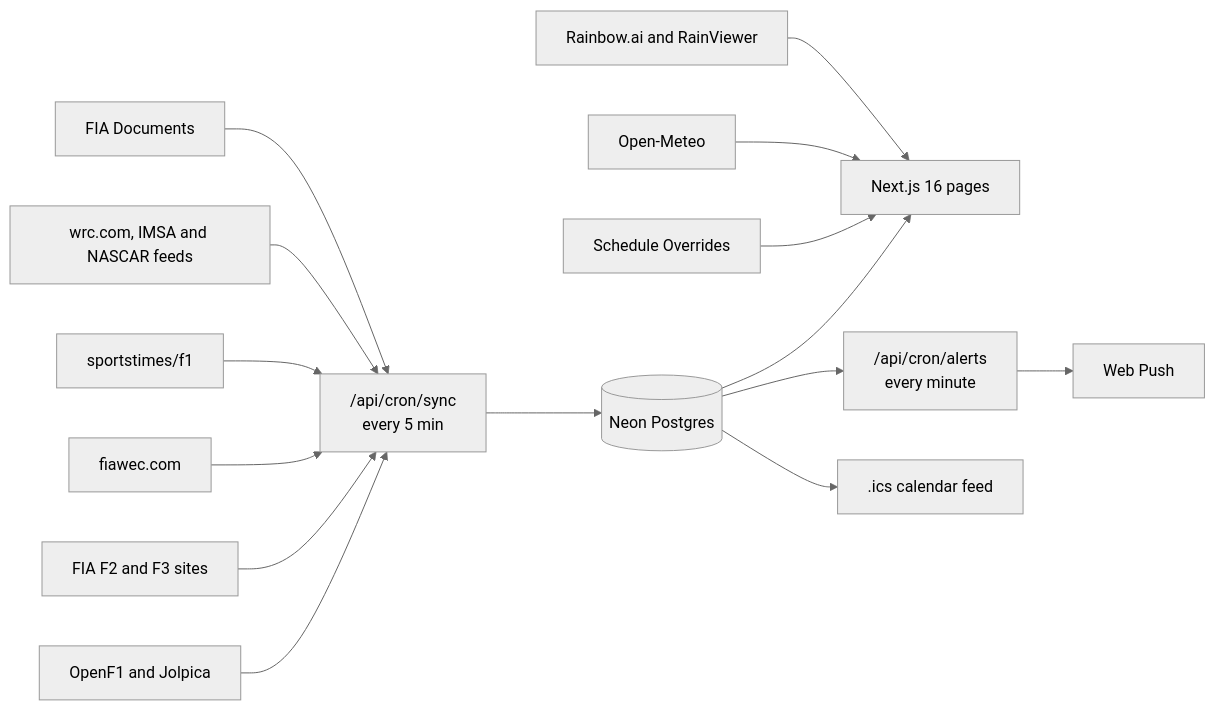
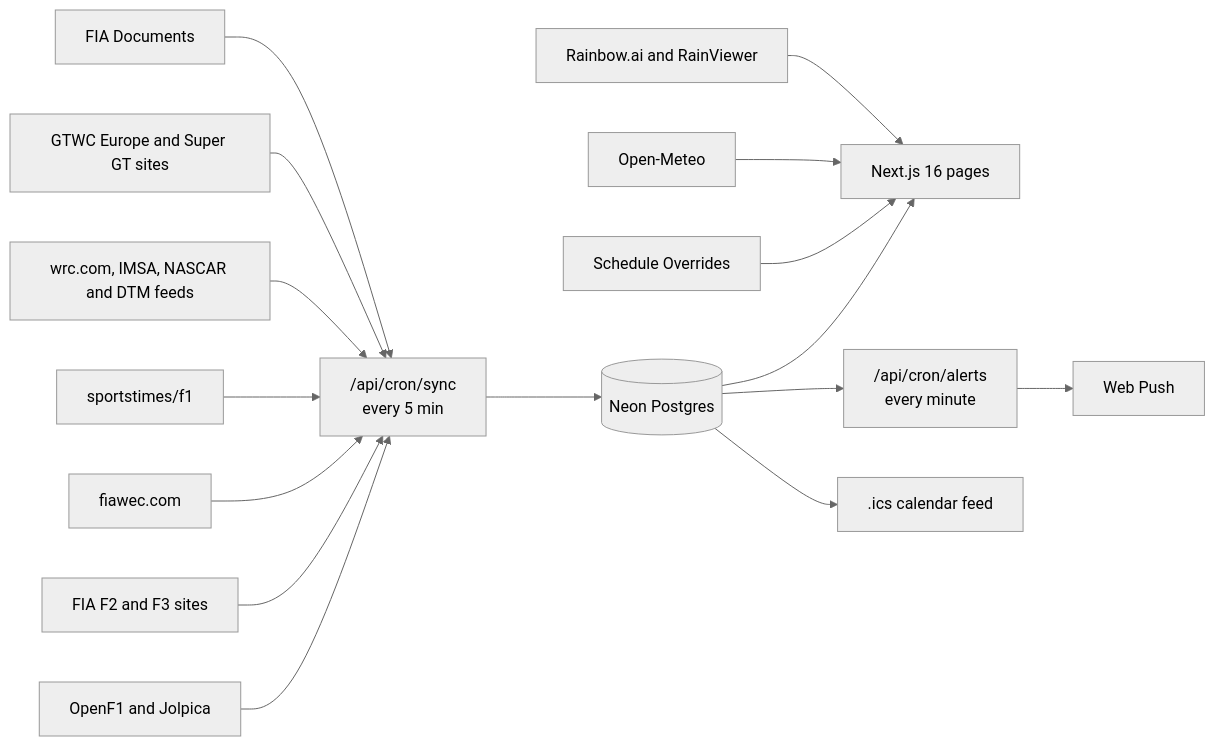
The diagram in README.md (byalex33/motorsportsinfo.app), drawn with Mermaid (neutral theme) before and after one commit. The commit also changed other lines of this file and 35 other files, not shown here.

First line of the commit message:
Add GT World Challenge Europe, DTM and Super GT (#14)

````diff
--- a/README.md
+++ b/README.md
@@ -116,18 +119,19 @@
 ```mermaid
 flowchart LR
   S1["OpenF1 and Jolpica"] --> SYNC
   S2["FIA F2 and F3 sites"] --> SYNC
   S3["fiawec.com"] --> SYNC
   S4["sportstimes/f1"] --> SYNC
-  S6["wrc.com, IMSA and NASCAR feeds"] --> SYNC
+  S6["wrc.com, IMSA, NASCAR and DTM feeds"] --> SYNC
+  S7["GTWC Europe and Super GT sites"] --> SYNC
   S5["FIA Documents"] --> SYNC
   SYNC["/api/cron/sync<br/>every 5 min"] --> DB[("Neon Postgres")]
 
   DB --> APP["Next.js 16 pages"]
   OV["Schedule Overrides"] --> APP
   OM["Open-Meteo"] --> APP
   RADAR["Rainbow.ai and RainViewer"] --> APP
 
   DB --> ALERTS["/api/cron/alerts<br/>every minute"] --> PUSH["Web Push"]
   DB --> ICS[".ics calendar feed"]
 ```
````
